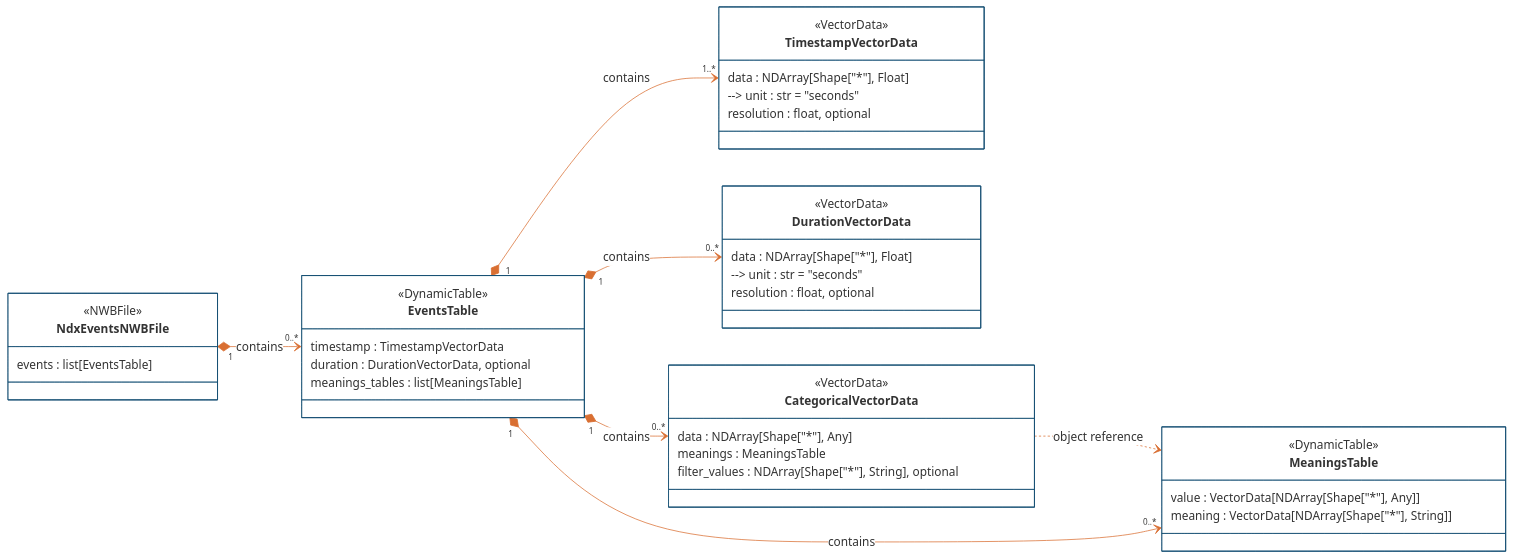
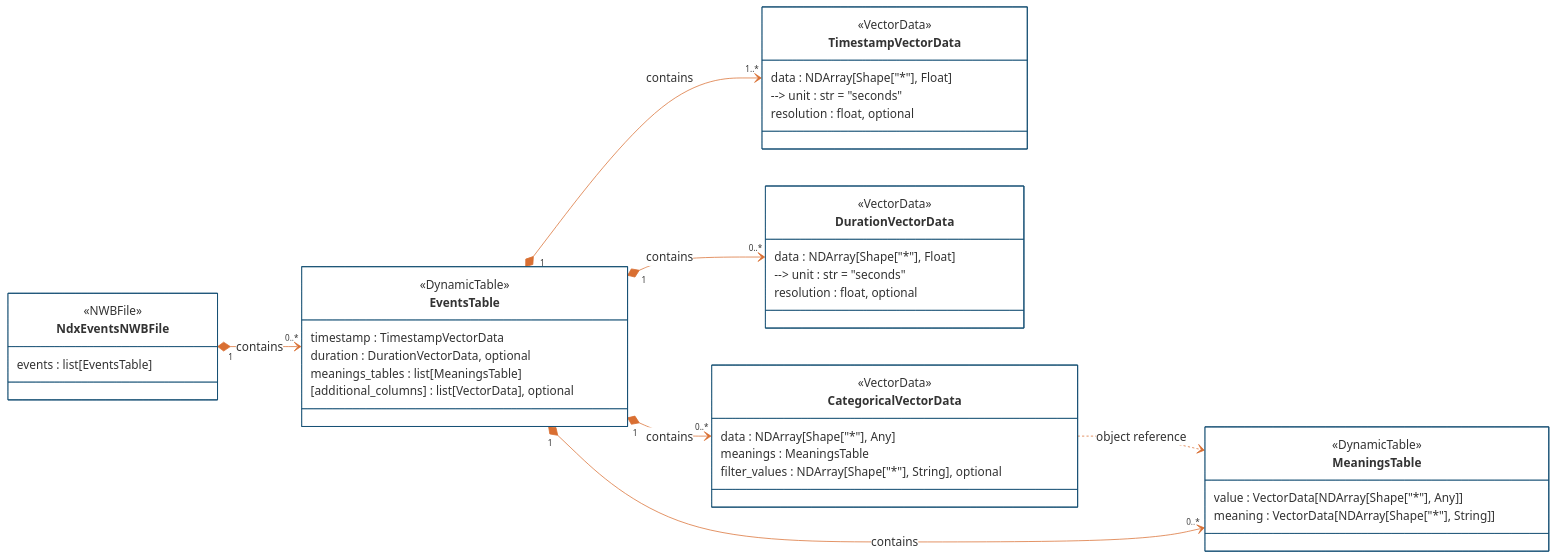
One commit to rly/ndx-events changed the diagram in README.md. Above: the diagram before and after it, drawn with Mermaid.

````diff
--- a/README.md
+++ b/README.md
@@ -80,59 +80,60 @@
 ```mermaid
 %%{init: {'theme': 'base', 'themeVariables': {'primaryColor': '#ffffff', "primaryBorderColor': '#144E73', 'lineColor': '#D96F32'}}}%%
 
 
 classDiagram
     direction LR
 
     class TimestampVectorData {
         <<VectorData>>
 
         data : NDArray[Shape["*"], Float]
         --> unit : str = "seconds"
         resolution : float, optional
     }
 
     class DurationVectorData {
         <<VectorData>>
 
         data : NDArray[Shape["*"], Float]
         --> unit : str = "seconds"
         resolution : float, optional
     }
 
     class CategoricalVectorData {
         <<VectorData>>
 
         data : NDArray[Shape["*"], Any]
         meanings : MeaningsTable
         filter_values : NDArray[Shape["*"], String], optional
     }
 
     class MeaningsTable {
         <<DynamicTable>>
 
         value : VectorData[NDArray[Shape["*"], Any]]
         meaning : VectorData[NDArray[Shape["*"], String]]
     }
 
     class EventsTable {
         <<DynamicTable>>
 
         timestamp : TimestampVectorData
         duration : DurationVectorData, optional
         meanings_tables : list[MeaningsTable]
+        [additional_columns] : list[VectorData], optional
     }
 
     class NdxEventsNWBFile {
         <<NWBFile>>
 
         events : list[EventsTable]
     }
 
     CategoricalVectorData ..> MeaningsTable : object reference
     EventsTable "1" *--> "0..*" MeaningsTable : contains
     EventsTable "1" *--> "1..*" TimestampVectorData : contains
     EventsTable "1" *--> "0..*" DurationVectorData : contains
     EventsTable "1" *--> "0..*" CategoricalVectorData : contains
     NdxEventsNWBFile "1" *--> "0..*" EventsTable : contains
 ```
````
